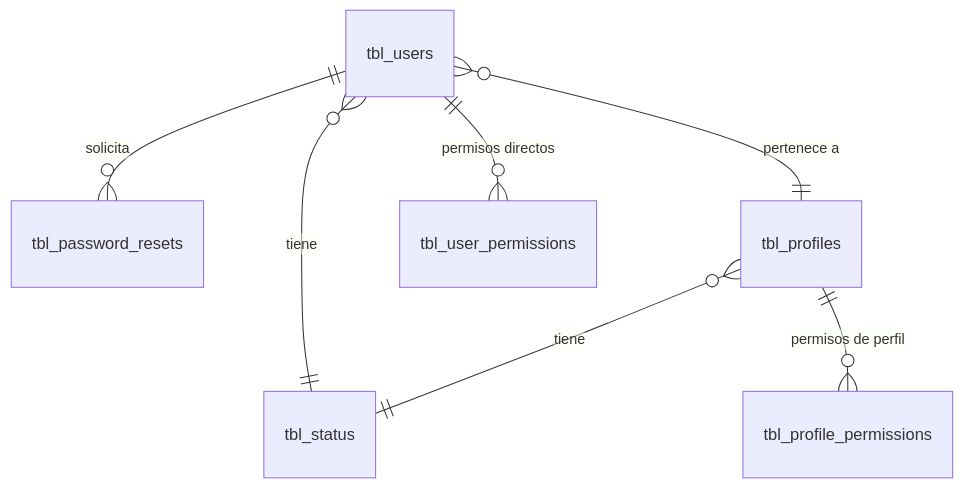
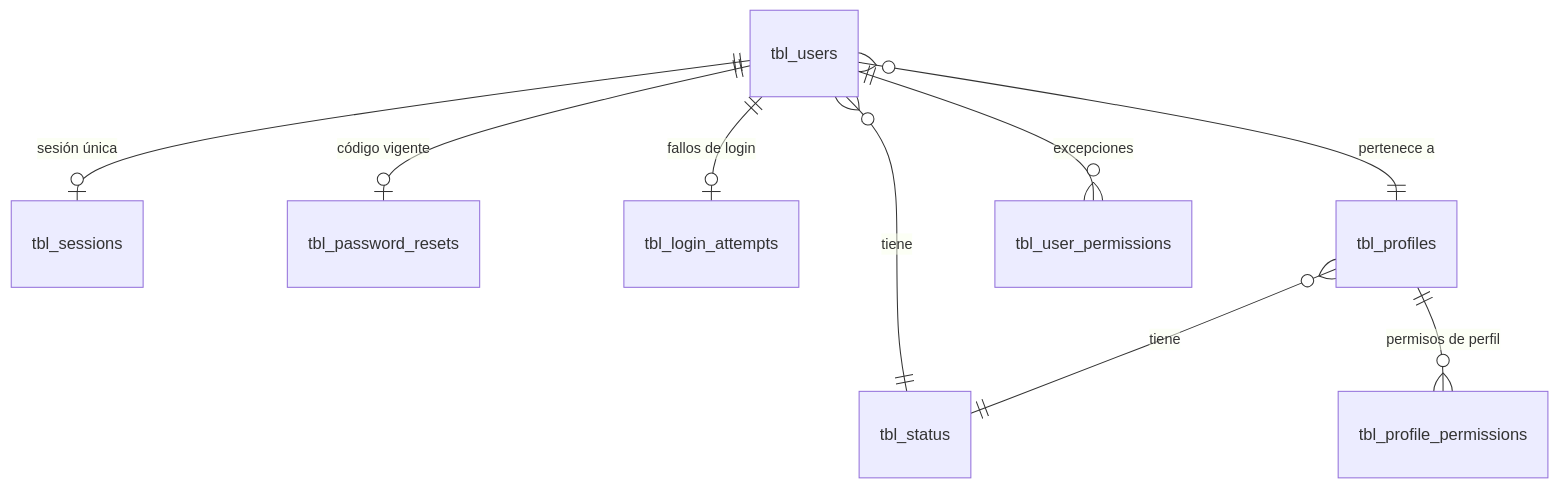
One commit to andres9207/WEBPAC-INTERVE changed the diagram in docs/adr/0001-seguridad.md. Above: the diagram before and after it, drawn with Mermaid. The commit also changed other lines of this file and 49 other files, not shown here.

````diff
--- a/docs/adr/0001-seguridad.md
+++ b/docs/adr/0001-seguridad.md
@@ -193,9 +182,11 @@
 ```mermaid
 erDiagram
-    tbl_users ||--o{ tbl_password_resets : "solicita"
+    tbl_users ||--o| tbl_sessions : "sesión única"
+    tbl_users ||--o| tbl_password_resets : "código vigente"
+    tbl_users ||--o| tbl_login_attempts : "fallos de login"
     tbl_users }o--|| tbl_profiles : "pertenece a"
     tbl_users }o--|| tbl_status : "tiene"
     tbl_profiles }o--|| tbl_status : "tiene"
-    tbl_users ||--o{ tbl_user_permissions : "permisos directos"
+    tbl_users ||--o{ tbl_user_permissions : "excepciones"
     tbl_profiles ||--o{ tbl_profile_permissions : "permisos de perfil"
 ```
````
